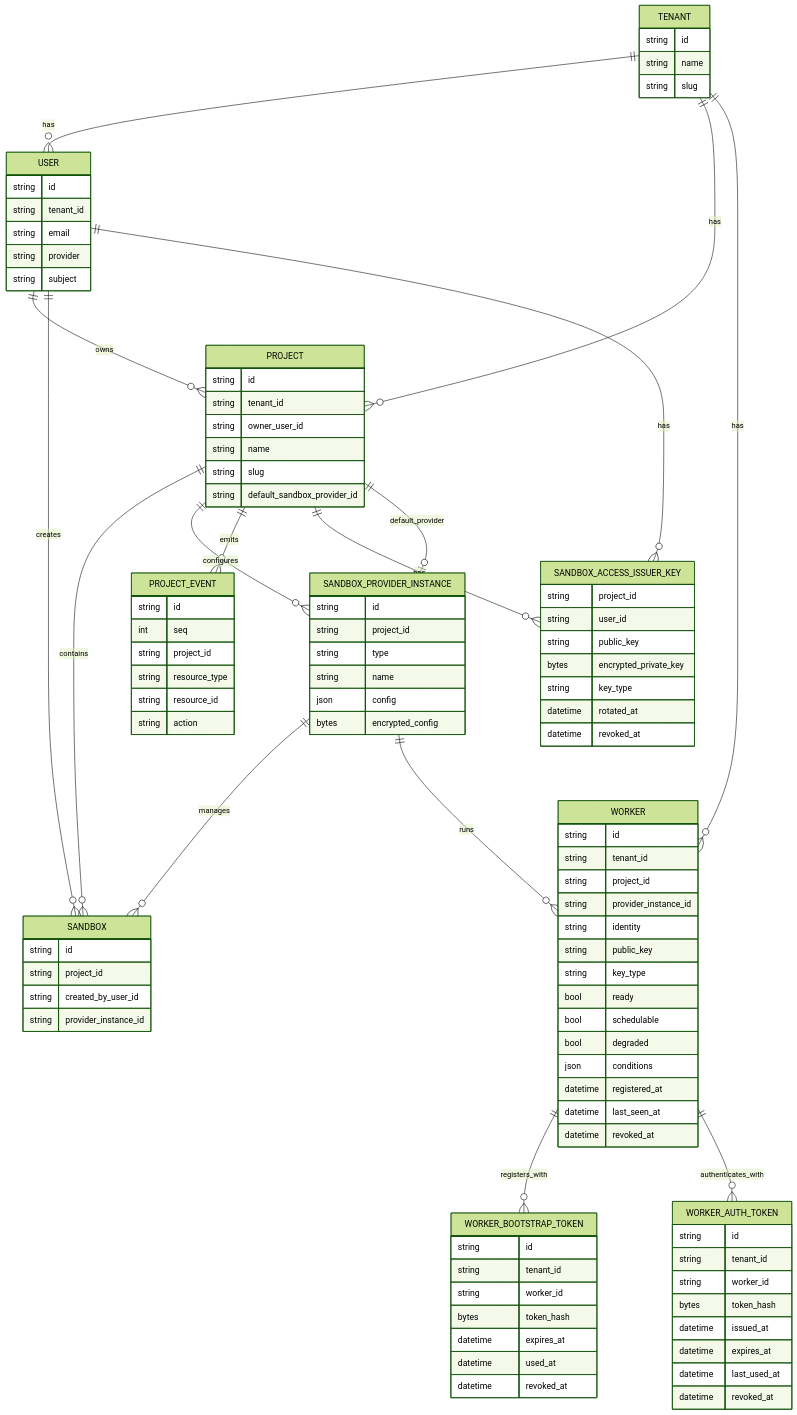
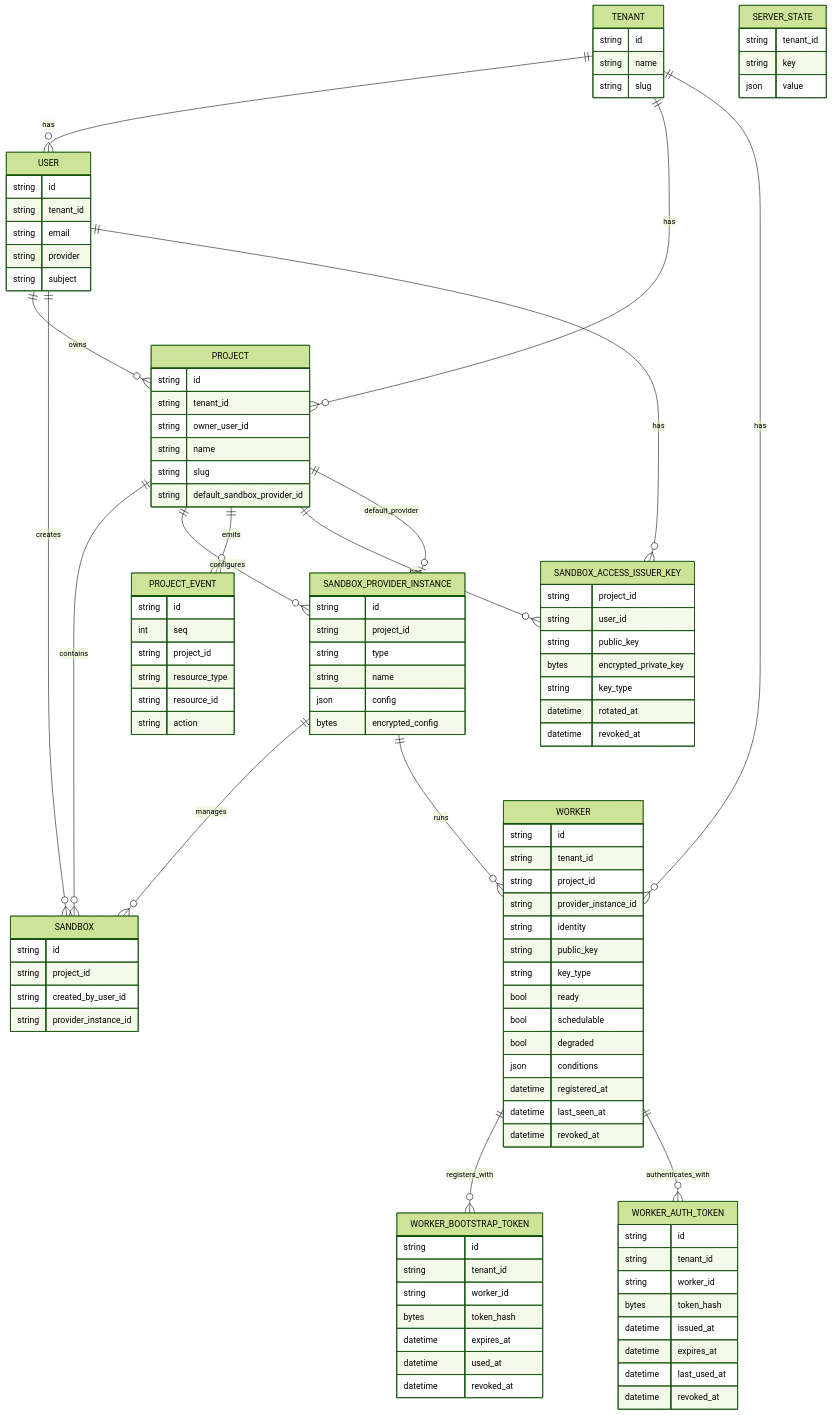
Before and after one commit to discobox-ai/discobox: the diagram in internal/model/DESIGN.md, drawn with Mermaid (forest theme). The commit also changed other lines of this file and 2 other files, not shown here.

Commit message:
feat(model): add tenant server state

```diff
--- a/internal/model/DESIGN.md
+++ b/internal/model/DESIGN.md
@@ -94,6 +103,12 @@
         string name
         string slug
         string default_sandbox_provider_id
+    }
+
+    SERVER_STATE {
+        string tenant_id
+        string key
+        json value
     }
 
     SANDBOX {
```
